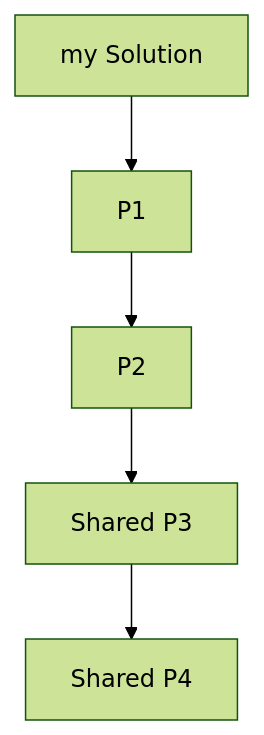
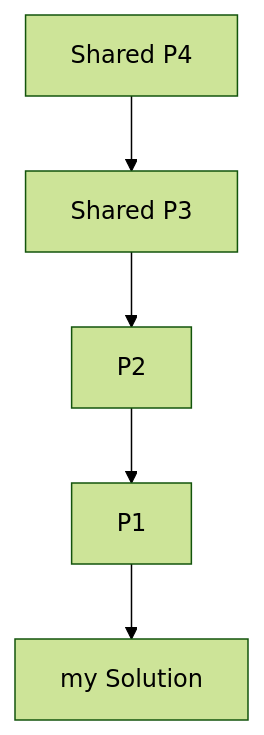
Before and after one commit to Shaikh-Imran/DeeplyDepBuilder: the second of 6 diagrams in README.md, drawn with Mermaid (forest theme). The commit also changed other lines of this file and 1 other file, not shown here.

Commit message:
updated readme and mermaid flowchart flow

````diff
--- a/README.md
+++ b/README.md
@@ -97,8 +97,8 @@
 ```mermaid
 flowchart TD
 
-MS["my Solution"] --> P1["P1"]
-P1 --> P2["P2"]
-P2 --> P3["Shared P3"]
-P3 --> P4["Shared P4"]
+P4["Shared P4"] --> P3["Shared P3"]
+P3 --> P2["P2"]
+P2 --> P1["P1"]
+P1 --> MS["my Solution"]
 ```
````
